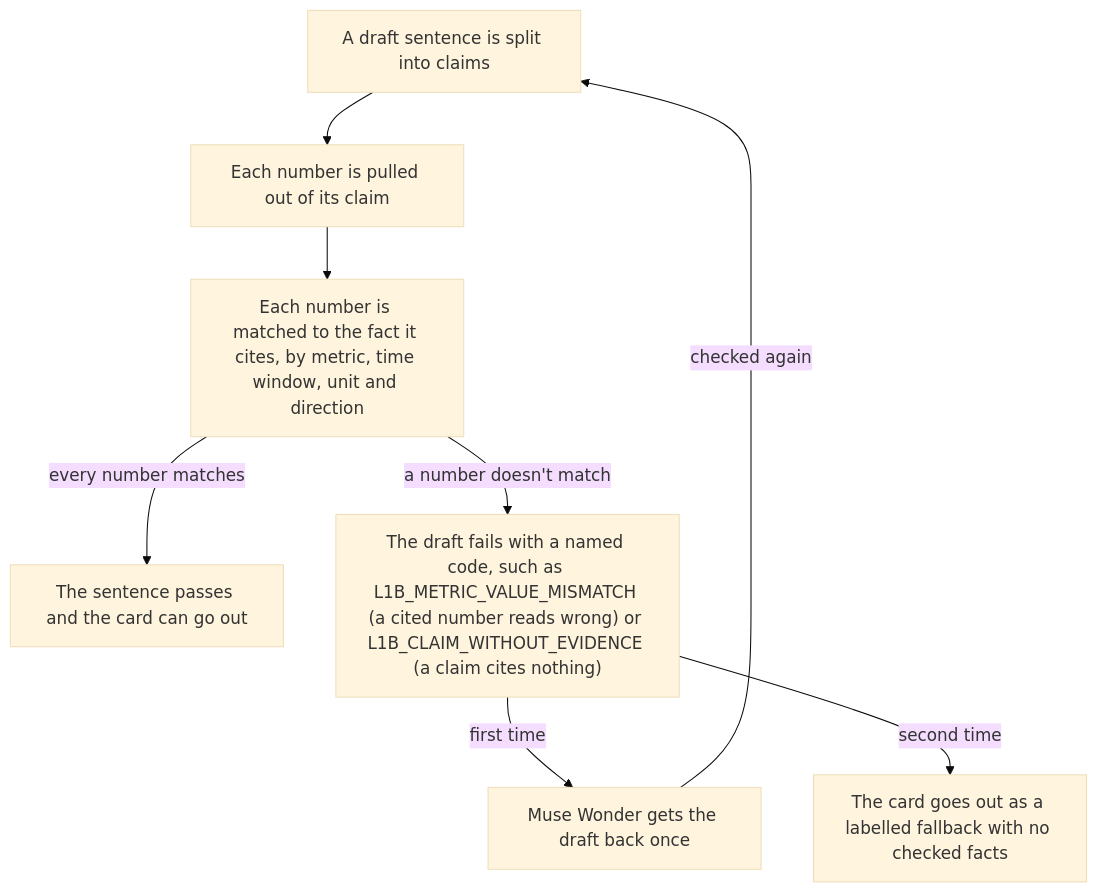
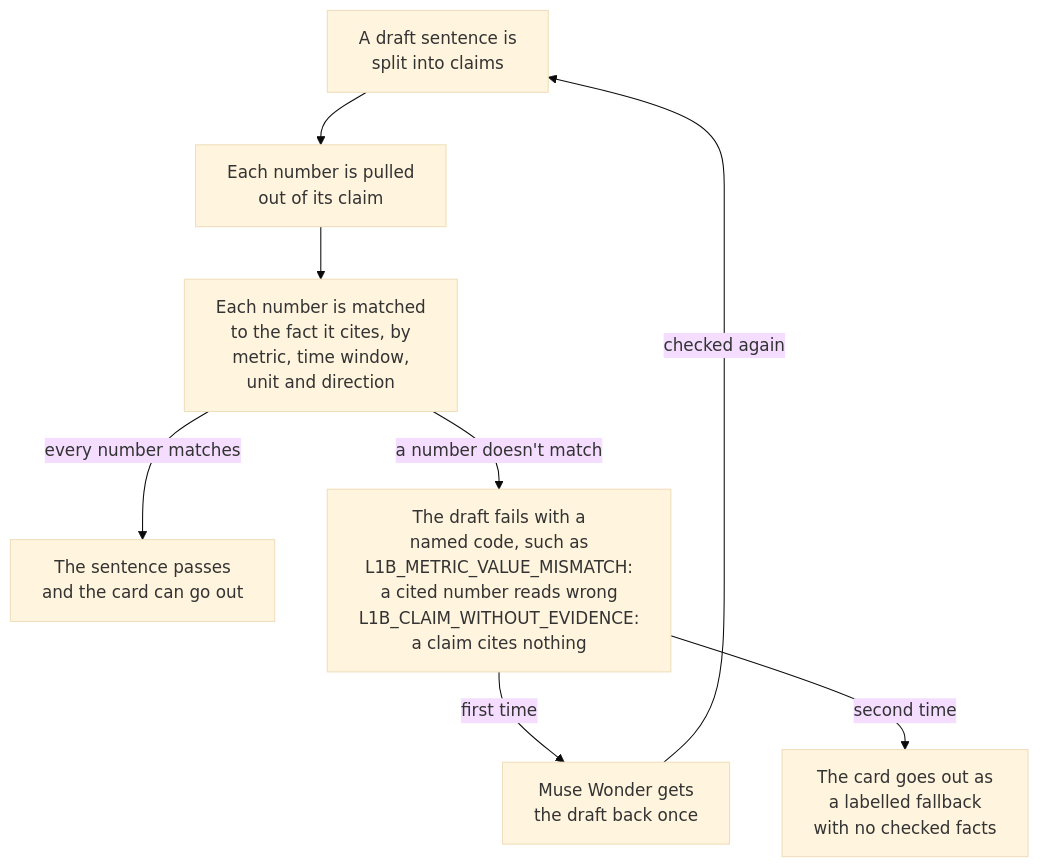
One commit to macayaven/ikigai-loop changed the second of 3 diagrams in README.md. Above: the diagram before and after it, drawn with Mermaid (base theme). The commit also changed other lines of this file and 1 other file, not shown here.

Commit message:
Docs 12: line breaks in the diagram labels, so no browser cuts them off

````diff
--- a/README.md
+++ b/README.md
@@ -65,15 +65,15 @@
 ```mermaid
 flowchart TD
-    Split["A draft sentence is split into claims"]
-    Pull["Each number is pulled out of its claim"]
-    Match["Each number is matched to the fact it cites, by metric, time window, unit and direction"]
-    Pass["The sentence passes and the card can go out"]
-    Fail["The draft fails with a named code, such as L1B_METRIC_VALUE_MISMATCH (a cited number reads wrong) or L1B_CLAIM_WITHOUT_EVIDENCE (a claim cites nothing)"]
-    Once["Muse Wonder gets the draft back once"]
-    Fallback["The card goes out as a labelled fallback with no checked facts"]
+    Split["A draft sentence is<br/>split into claims"]
+    Pull["Each number is pulled<br/>out of its claim"]
+    Match["Each number is matched<br/>to the fact it cites, by<br/>metric, time window,<br/>unit and direction"]
+    Pass["The sentence passes<br/>and the card can go out"]
+    Fail["The draft fails with a<br/>named code, such as<br/>L1B_METRIC_VALUE_MISMATCH:<br/>a cited number reads wrong<br/>L1B_CLAIM_WITHOUT_EVIDENCE:<br/>a claim cites nothing"]
+    Once["Muse Wonder gets<br/>the draft back once"]
+    Fallback["The card goes out as<br/>a labelled fallback<br/>with no checked facts"]
     Split --> Pull --> Match
     Match -- "every number matches" --> Pass
     Match -- "a number doesn't match" --> Fail
     Fail -- "first time" --> Once -- "checked again" --> Split
     Fail -- "second time" --> Fallback
 ```
````
